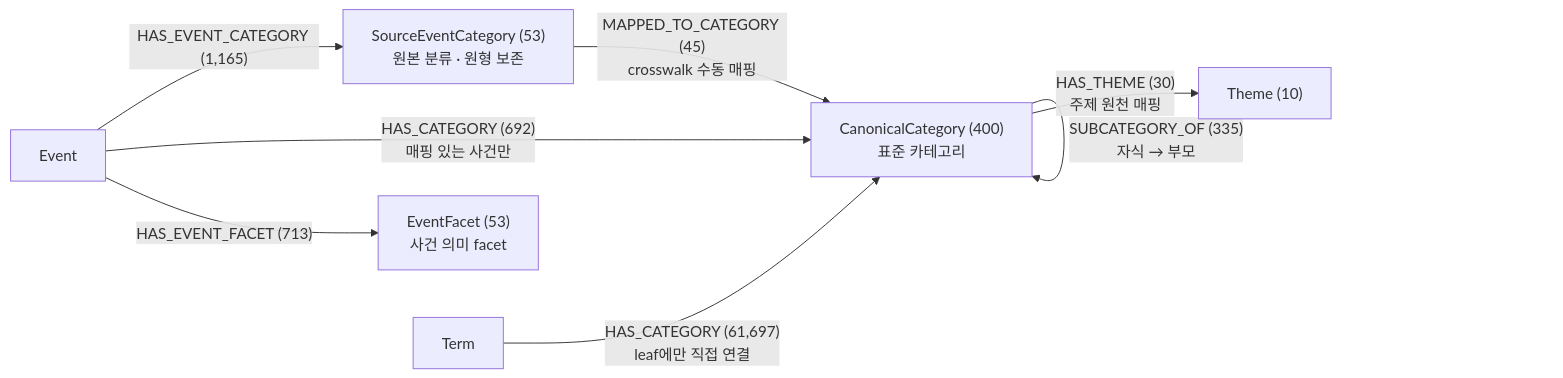
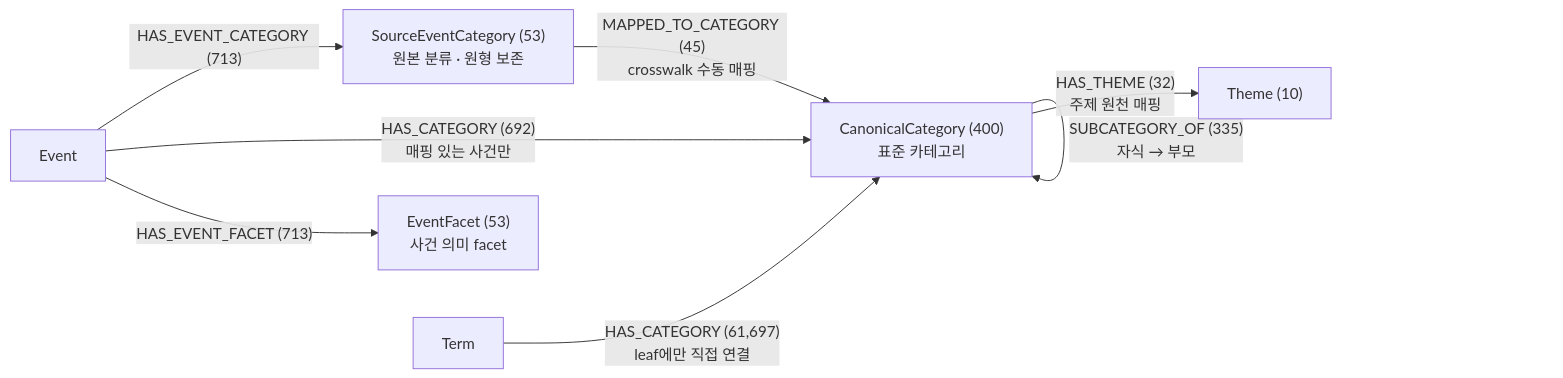
One commit to SKNETWORKS-FAMILY-AICAMP/SKN27-FINAL-2Team changed the fourth of 7 diagrams in docs/neo4j/neo4j_그래프_스키마_mermaid.md. Above: the diagram before and after it, drawn with Mermaid. The commit also changed other lines of this file and 11 other files, not shown here.

````diff
--- a/docs/neo4j/neo4j_그래프_스키마_mermaid.md
+++ b/docs/neo4j/neo4j_그래프_스키마_mermaid.md
@@ -132,17 +136,17 @@
 ```mermaid
 flowchart LR
     Term["Term"]
     Event["Event"]
     SourceCat["SourceEventCategory (53)<br/>원본 분류 · 원형 보존"]
     Category["CanonicalCategory (400)<br/>표준 카테고리"]
     EventFacet["EventFacet (53)<br/>사건 의미 facet"]
     Theme["Theme (10)"]
 
-    Event -->|"HAS_EVENT_CATEGORY (1,165)"| SourceCat
+    Event -->|"HAS_EVENT_CATEGORY (713)"| SourceCat
     SourceCat -->|"MAPPED_TO_CATEGORY (45)<br/>crosswalk 수동 매핑"| Category
     Event -->|"HAS_CATEGORY (692)<br/>매핑 있는 사건만"| Category
     Event -->|"HAS_EVENT_FACET (713)"| EventFacet
     Term -->|"HAS_CATEGORY (61,697)<br/>leaf에만 직접 연결"| Category
     Category -->|"SUBCATEGORY_OF (335)<br/>자식 → 부모"| Category
-    Category -->|"HAS_THEME (30)<br/>주제 원천 매핑"| Theme
+    Category -->|"HAS_THEME (32)<br/>주제 원천 매핑"| Theme
 ```
````
